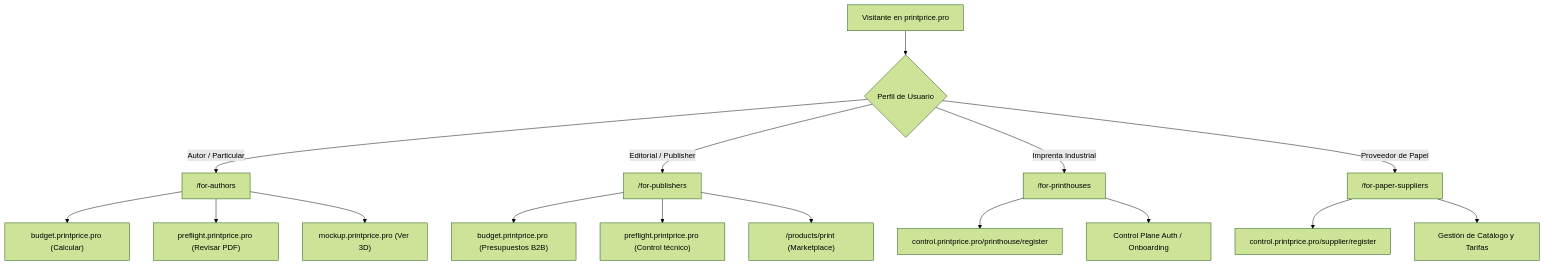
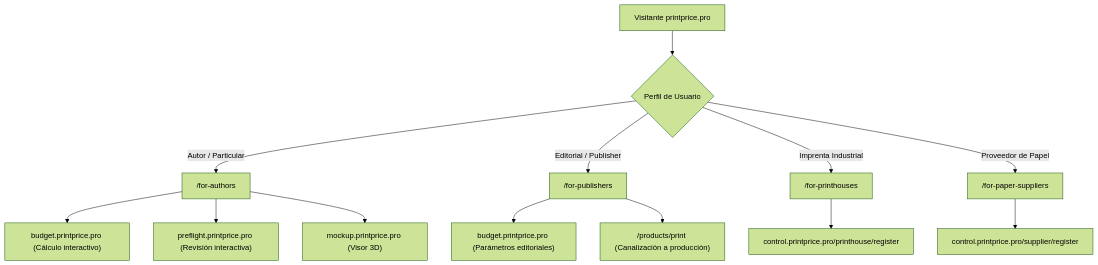
One commit to PrintPriceOS/corporative changed the diagram in docs/reviews/public-experience/PUBLIC_EXPERIENCE_AUDIT_AND_REMEDIATION.md. Above: the diagram before and after it, drawn with Mermaid (forest theme). The commit also changed other lines of this file and 2 other files, not shown here.

First line of the commit message:
fix(ux): remediate preflight synthetic demo, rigorous comparisons, and real i18n test assertions

````diff
--- a/docs/reviews/public-experience/PUBLIC_EXPERIENCE_AUDIT_AND_REMEDIATION.md
+++ b/docs/reviews/public-experience/PUBLIC_EXPERIENCE_AUDIT_AND_REMEDIATION.md
@@ -107,22 +241,19 @@
 ```mermaid
 graph TD
-    A[Visitante en printprice.pro] --> B{Perfil de Usuario}
+    A[Visitante printprice.pro] --> B{Perfil de Usuario}
     B -->|Autor / Particular| C["/for-authors"]
     B -->|Editorial / Publisher| D["/for-publishers"]
     B -->|Imprenta Industrial| E["/for-printhouses"]
     B -->|Proveedor de Papel| F["/for-paper-suppliers"]
 
-    C --> C1["budget.printprice.pro (Calcular)"]
-    C --> C2["preflight.printprice.pro (Revisar PDF)"]
-    C --> C3["mockup.printprice.pro (Ver 3D)"]
+    C --> C1["budget.printprice.pro (Cálculo interactivo)"]
+    C --> C2["preflight.printprice.pro (Revisión interactiva)"]
+    C --> C3["mockup.printprice.pro (Visor 3D)"]
 
-    D --> D1["budget.printprice.pro (Presupuestos B2B)"]
-    D --> D2["preflight.printprice.pro (Control técnico)"]
-    D --> D3["/products/print (Marketplace)"]
+    D --> D1["budget.printprice.pro (Parámetros editoriales)"]
+    D --> D2["/products/print (Canalización a producción)"]
 
     E --> E1["control.printprice.pro/printhouse/register"]
-    E --> E2["Control Plane Auth / Onboarding"]
 
     F --> F1["control.printprice.pro/supplier/register"]
-    F --> F2["Gestión de Catálogo y Tarifas"]
 ```
````
